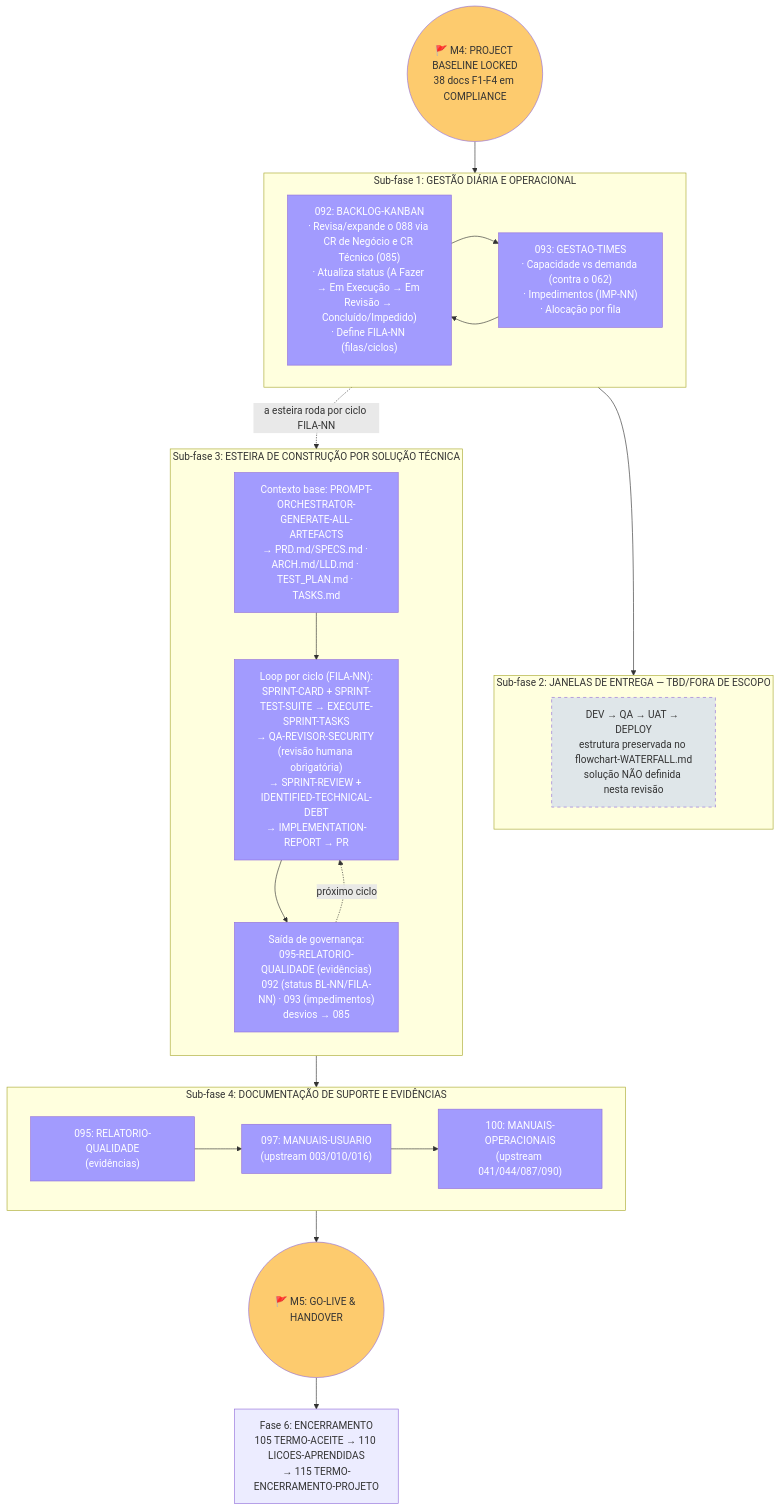
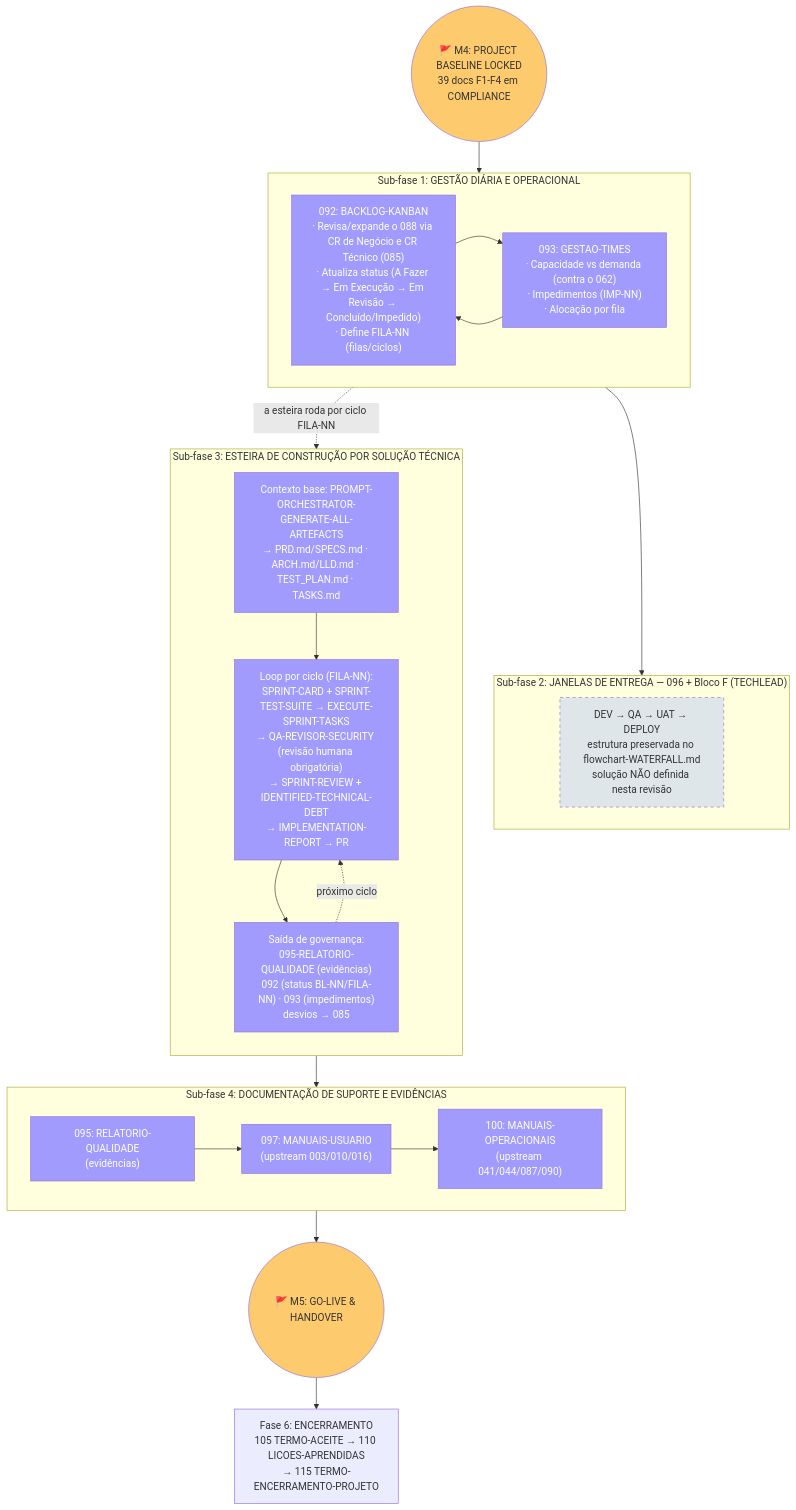
The fifth of 11 diagrams in .specs/prompts/project-documents-waterfall/FLOWCHART-PROMPT-ROADMAP-GENERATE-PROJECT-DOCUMENTS-WATERFALL.md (bolismar69/workspace-fbso), drawn with Mermaid before and after one commit. The commit also changed other lines of this file and 6 other files, not shown here.

First line of the commit message:
feat: fase 3 janelas — consistência global (EXECUTION v2.1, master v3.1/39 docs/118 prompts, 3 flowcharts)

````diff
--- a/.specs/prompts/project-documents-waterfall/FLOWCHART-PROMPT-ROADMAP-GENERATE-PROJECT-DOCUMENTS-WATERFALL.md
+++ b/.specs/prompts/project-documents-waterfall/FLOWCHART-PROMPT-ROADMAP-GENERATE-PROJECT-DOCUMENTS-WATERFALL.md
@@ -430,50 +430,50 @@
 ```mermaid
 flowchart TD
-    M4_IN(("🚩 M4: PROJECT BASELINE LOCKED<br/>38 docs F1-F4 em COMPLIANCE")) --> SF1
+    M4_IN(("🚩 M4: PROJECT BASELINE LOCKED<br/>39 docs F1-F4 em COMPLIANCE")) --> SF1
 
     subgraph SF1["Sub-fase 1: GESTÃO DIÁRIA E OPERACIONAL"]
         direction LR
         D092_GEN["092: BACKLOG-KANBAN<br/>· Revisa/expande o 088 via CR de Negócio e CR Técnico (085)<br/>· Atualiza status (A Fazer → Em Execução → Em Revisão → Concluído/Impedido)<br/>· Define FILA-NN (filas/ciclos)"] --> D093_GEN["093: GESTAO-TIMES<br/>· Capacidade vs demanda (contra o 062)<br/>· Impedimentos (IMP-NN)<br/>· Alocação por fila"]
         D093_GEN --> D092_GEN
     end
 
     SF1 --> SF2
 
-    subgraph SF2["Sub-fase 2: JANELAS DE ENTREGA — TBD/FORA DE ESCOPO"]
+    subgraph SF2["Sub-fase 2: JANELAS DE ENTREGA — 096 + Bloco F (TECHLEAD)"]
         JANELAS["DEV → QA → UAT → DEPLOY<br/>estrutura preservada no flowchart-WATERFALL.md<br/>solução NÃO definida nesta revisão"]
     end
 
     SF1 -.->|"a esteira roda por ciclo FILA-NN"| SF3
 
     subgraph SF3["Sub-fase 3: ESTEIRA DE CONSTRUÇÃO POR SOLUÇÃO TÉCNICA"]
         direction TB
         CTX["Contexto base: PROMPT-ORCHESTRATOR-GENERATE-ALL-ARTEFACTS<br/>→ PRD.md/SPECS.md · ARCH.md/LLD.md · TEST_PLAN.md · TASKS.md"] --> CICLO["Loop por ciclo (FILA-NN):<br/>SPRINT-CARD + SPRINT-TEST-SUITE → EXECUTE-SPRINT-TASKS<br/>→ QA-REVISOR-SECURITY (revisão humana obrigatória)<br/>→ SPRINT-REVIEW + IDENTIFIED-TECHNICAL-DEBT<br/>→ IMPLEMENTATION-REPORT → PR"]
         CICLO --> GOV["Saída de governança:<br/>095-RELATORIO-QUALIDADE (evidências)<br/>092 (status BL-NN/FILA-NN) · 093 (impedimentos)<br/>desvios → 085"]
         GOV -.->|"próximo ciclo"| CICLO
     end
 
     SF3 --> SF4
 
     subgraph SF4["Sub-fase 4: DOCUMENTAÇÃO DE SUPORTE E EVIDÊNCIAS"]
         direction LR
         D095F2["095: RELATORIO-QUALIDADE<br/>(evidências)"] --> D097F["097: MANUAIS-USUARIO<br/>(upstream 003/010/016)"]
         D097F --> D100F["100: MANUAIS-OPERACIONAIS<br/>(upstream 041/044/087/090)"]
     end
 
     SF4 --> M5_OUT(("🚩 M5: GO-LIVE & HANDOVER"))
     M5_OUT --> F6
 
     F6["Fase 6: ENCERRAMENTO<br/>105 TERMO-ACEITE → 110 LICOES-APRENDIDAS<br/>→ 115 TERMO-ENCERRAMENTO-PROJETO"]
 
     style D092_GEN fill:#a29bfe,color:#fff
     style D093_GEN fill:#a29bfe,color:#fff
     style JANELAS fill:#dfe6e9,color:#333,stroke-dasharray: 5 5
     style CTX fill:#a29bfe,color:#fff
     style CICLO fill:#a29bfe,color:#fff
     style GOV fill:#a29bfe,color:#fff
     style D095F2 fill:#a29bfe,color:#fff
     style D097F fill:#a29bfe,color:#fff
     style D100F fill:#a29bfe,color:#fff
     style M4_IN fill:#fdcb6e,color:#333
     style M5_OUT fill:#fdcb6e,color:#333
 ```
````
